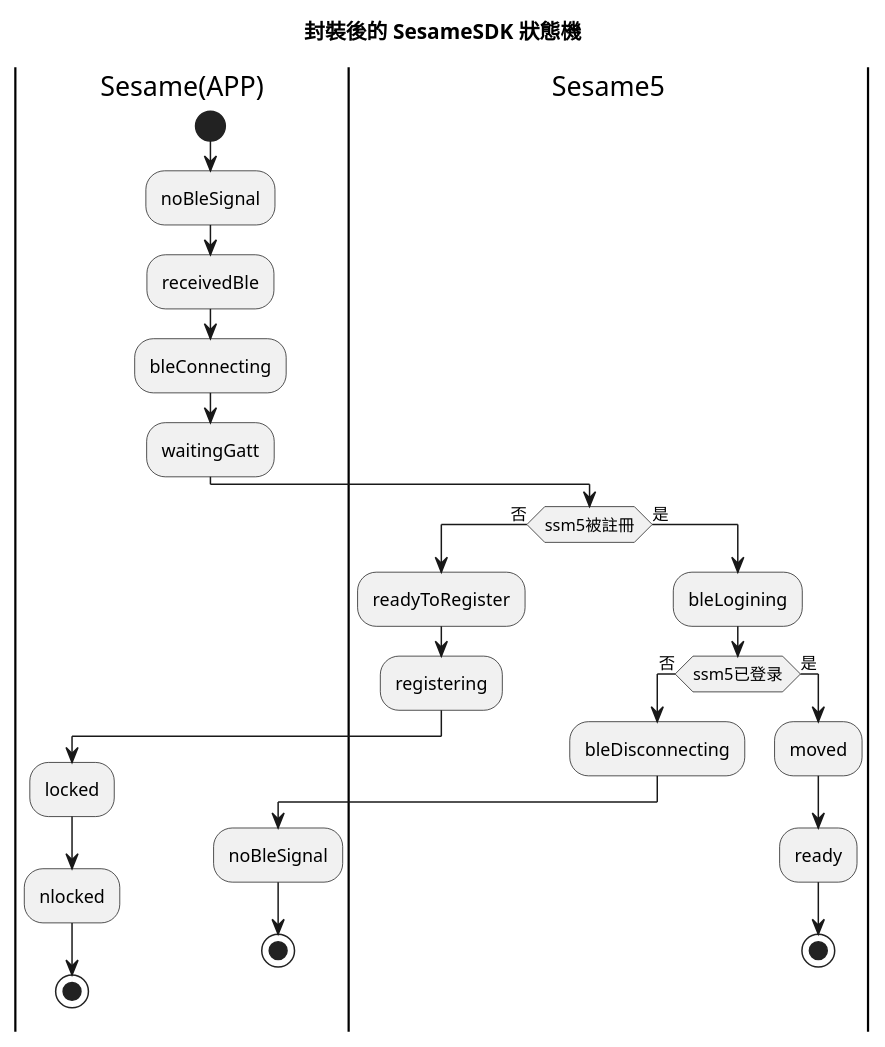
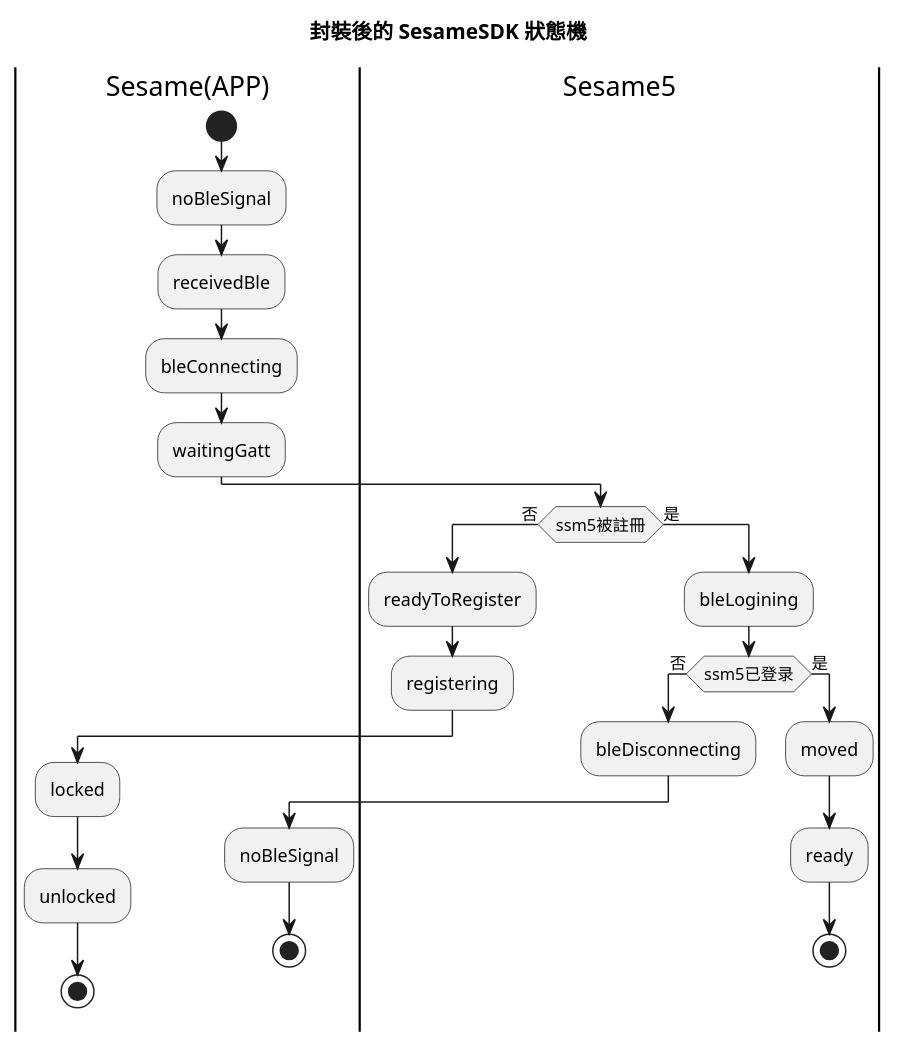
Before and after one commit to CANDY-HOUSE/.github: the diagram in profile/uml/uml_input/p08_statemechine.plantuml, drawn with PlantUML.

```diff
--- a/profile/uml/uml_input/p08_statemechine.plantuml
+++ b/profile/uml/uml_input/p08_statemechine.plantuml
@@ -1,38 +1,38 @@
 @startuml
 title 封裝後的 SesameSDK 狀態機 
 
 |Sesame(APP)|
 start 
 :noBleSignal;
 :receivedBle;
 :bleConnecting;
 :waitingGatt;
 
 |Sesame5|
 if(ssm5被註冊) then (否)
   :readyToRegister;
   :registering;
   
   |Sesame(APP)|
   :locked;
-  :nlocked;
+  :unlocked;
   stop
 else (是)
   |Sesame5|
   :bleLogining;
 	
 	if(ssm5已登录) then (否)
 	:bleDisconnecting;
   |Sesame(APP)|
 
 	:noBleSignal;
 stop
 	else (是)
 	|Sesame5|
 	  :moved;
 		:ready;
 
   stop
 endif
 
 @enduml
```
